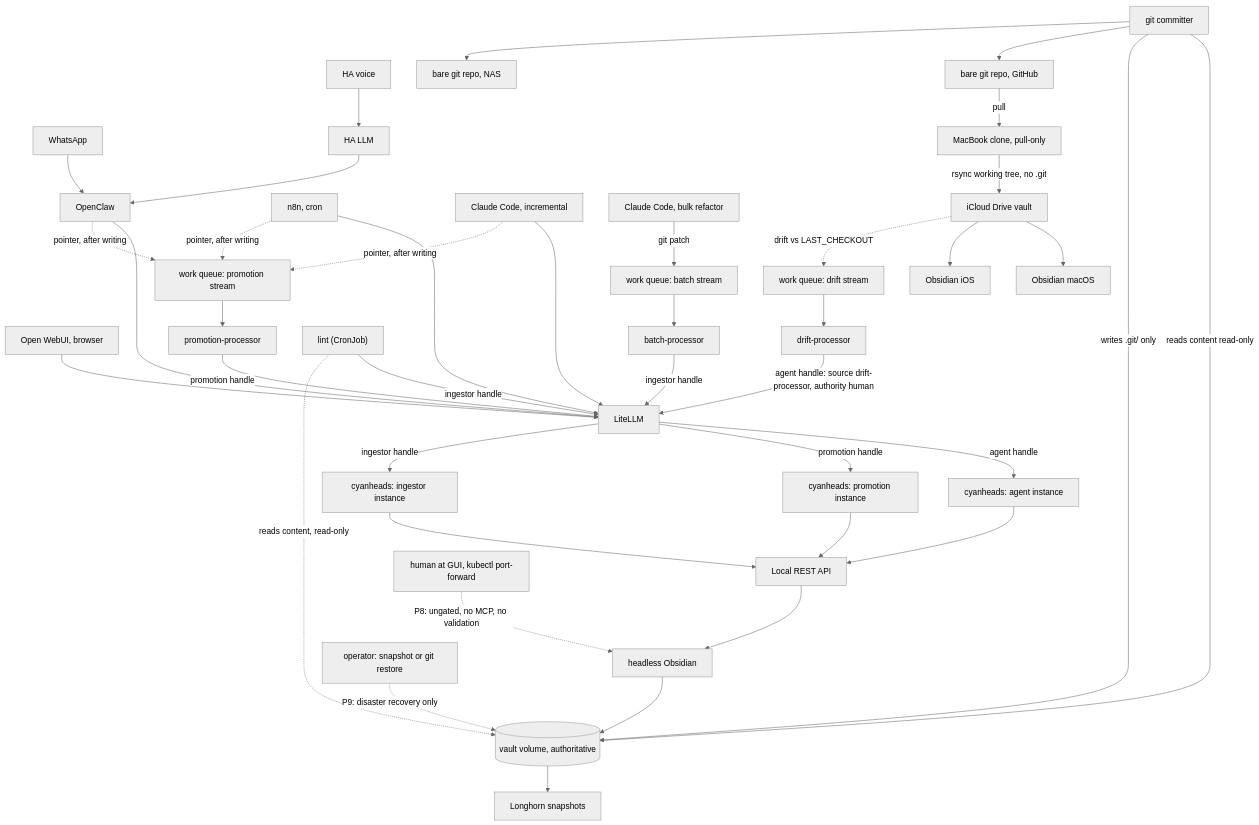
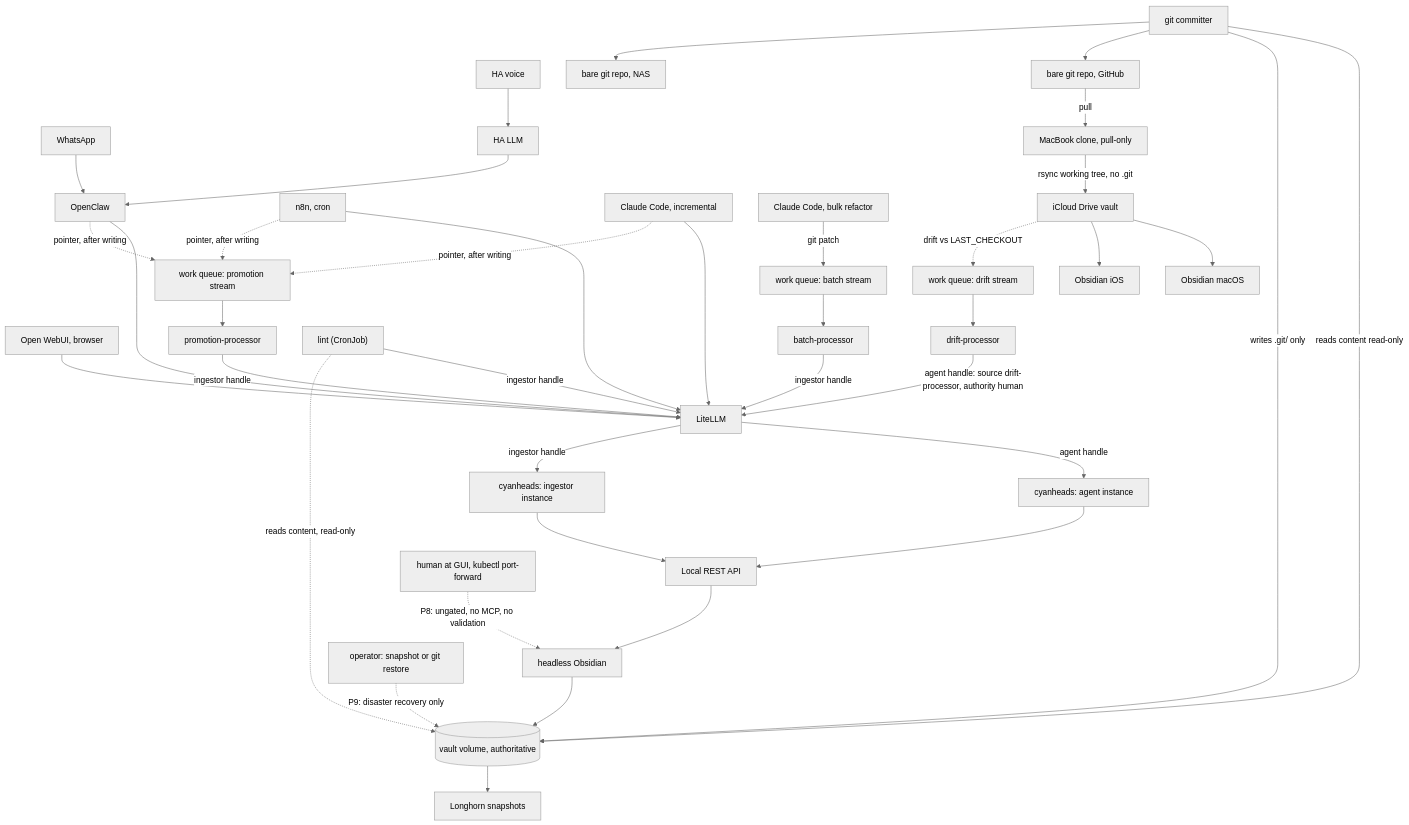
Before and after one commit to ppat/obsidian-tools: the diagram in docs/DESIGN.md, drawn with Mermaid (neutral theme). The commit also changed other lines of this file, not shown here.

First line of the commit message:
fix: collapse promotion instance back into the ingestor instance

````diff
--- a/docs/DESIGN.md
+++ b/docs/DESIGN.md
@@ -169,50 +172,48 @@
 ```mermaid
 flowchart TB
     WA["WhatsApp"] --> OpenClaw
     Voice["HA voice"] --> HA["HA LLM"] --> OpenClaw
     Browser["Open WebUI, browser"] --> LiteLLM
     OpenClaw --> LiteLLM
     N8N["n8n, cron"] --> LiteLLM
     CCinc["Claude Code, incremental"] --> LiteLLM
 
     CCbulk["Claude Code, bulk refactor"] -->|"git patch"| BatchStream["work queue: batch stream"]
     BatchStream --> Batch["batch-processor"]
     Batch -->|"ingestor handle"| LiteLLM
 
     OpenClaw -.->|"pointer, after writing"| PromoStream["work queue: promotion stream"]
     N8N -.->|"pointer, after writing"| PromoStream
     CCinc -.->|"pointer, after writing"| PromoStream
     PromoStream --> PromoProc["promotion-processor"]
-    PromoProc -->|"promotion handle"| LiteLLM
+    PromoProc -->|"ingestor handle"| LiteLLM
 
     Lint["lint (CronJob)"] -->|"ingestor handle"| LiteLLM
     Lint -.->|"reads content, read-only"| Volume
 
     LiteLLM -->|"agent handle"| CyAgent["cyanheads: agent instance"]
-    LiteLLM -->|"promotion handle"| CyPromo["cyanheads: promotion instance"]
     LiteLLM -->|"ingestor handle"| CyIngest["cyanheads: ingestor instance"]
 
     CyAgent --> REST["Local REST API"]
-    CyPromo --> REST
     CyIngest --> REST
     REST --> Obsidian["headless Obsidian"]
 
     GUIHuman["human at GUI, kubectl port-forward"] -.->|"P8: ungated, no MCP, no validation"| Obsidian
 
     Obsidian --> Volume[("vault volume, authoritative")]
     Volume --> Snapshots["Longhorn snapshots"]
     Restore["operator: snapshot or git restore"] -.->|"P9: disaster recovery only"| Volume
 
     GitCommitter["git committer"] -->|"reads content read-only"| Volume
     GitCommitter -->|"writes .git/ only"| Volume
     GitCommitter --> BareRepo["bare git repo, GitHub"]
     GitCommitter --> NASRepo["bare git repo, NAS"]
     BareRepo -->|"pull"| MacClone["MacBook clone, pull-only"]
     MacClone -->|"rsync working tree, no .git"| ICloud["iCloud Drive vault"]
     ICloud --> ObsMac["Obsidian macOS"]
     ICloud --> ObsiOS["Obsidian iOS"]
 
     ICloud -.->|"drift vs LAST_CHECKOUT"| DriftStream["work queue: drift stream"]
     DriftStream --> DriftProc["drift-processor"]
     DriftProc -->|"agent handle: source drift-processor, authority human"| LiteLLM
 ```
````
